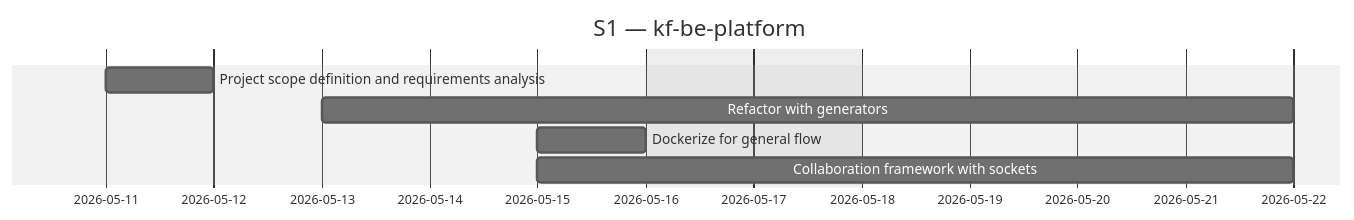
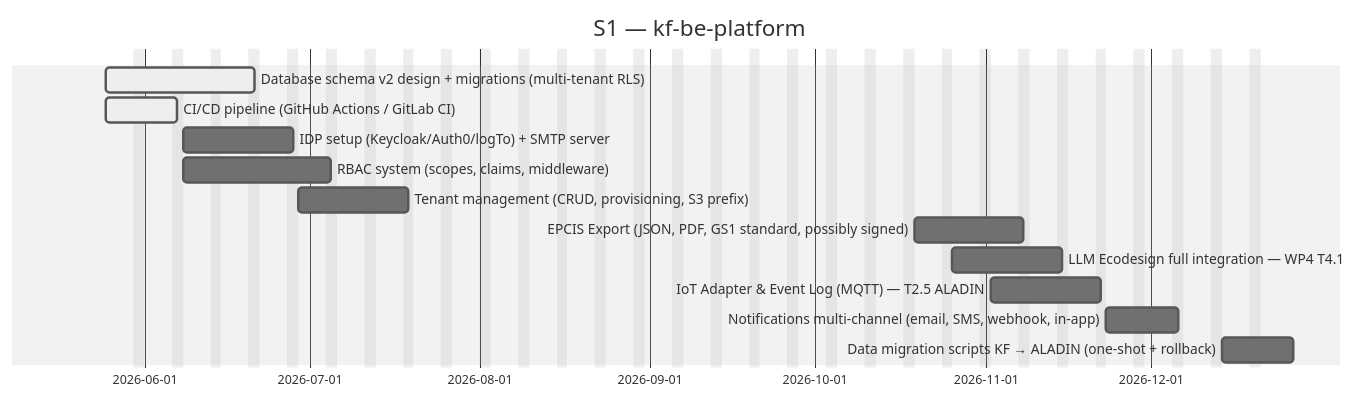
One commit to Katty-Fashion/kf-cpto changed the second of 3 diagrams in docs/_projects/kf-be-platform.md. Above: the diagram before and after it, drawn with Mermaid (neutral theme). The commit also changed other lines of this file and 10 other files, not shown here.

````diff
--- a/docs/_projects/kf-be-platform.md
+++ b/docs/_projects/kf-be-platform.md
@@ -62,11 +78,17 @@
 ```mermaid
 gantt
     title S1 — kf-be-platform
     dateFormat YYYY-MM-DD
     excludes weekends
 
-    Project scope definition and requirements analysis :2026-05-11, 2026-05-12
-    Refactor with generators :2026-05-13, 2026-05-22
-    Dockerize for general flow :2026-05-15, 2026-05-16
-    Collaboration framework with sockets :2026-05-15, 2026-05-22
+    Database schema v2 design + migrations (multi-tenant RLS) :active, 2026-05-25, 2026-06-21
+    CI/CD pipeline (GitHub Actions / GitLab CI) :active, 2026-05-25, 2026-06-07
+    IDP setup (Keycloak/Auth0/logTo) + SMTP server :2026-06-08, 2026-06-28
+    RBAC system (scopes, claims, middleware) :2026-06-08, 2026-07-05
+    Tenant management (CRUD, provisioning, S3 prefix) :2026-06-29, 2026-07-19
+    EPCIS Export (JSON, PDF, GS1 standard, possibly signed) :2026-10-19, 2026-11-08
+    LLM Ecodesign full integration — WP4 T4.1 :2026-10-26, 2026-11-15
+    IoT Adapter & Event Log (MQTT) — T2.5 ALADIN :2026-11-02, 2026-11-22
+    Notifications multi-channel (email, SMS, webhook, in-app) :2026-11-23, 2026-12-06
+    Data migration scripts KF → ALADIN (one-shot + rollback) :2026-12-14, 2026-12-27
 ```
````
